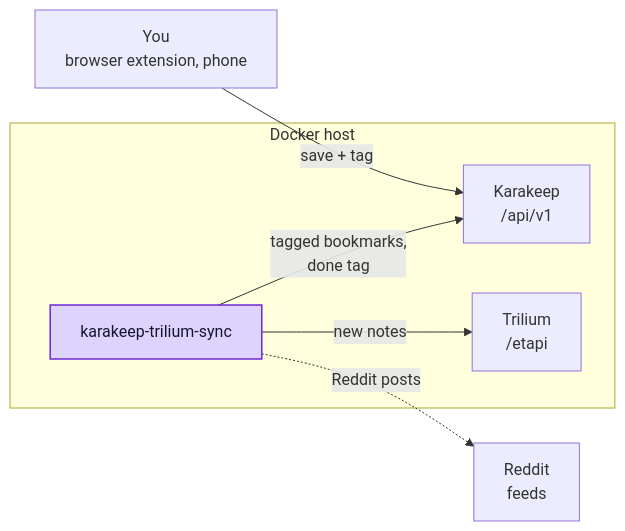
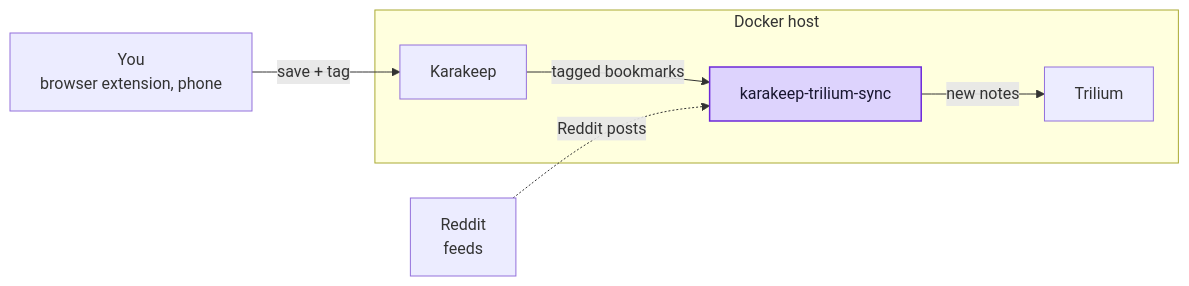
The diagram in docs/index.md (Marceltov/karakeep-trilium-sync), drawn with Mermaid before and after one commit. The commit also changed other lines of this file and 1 other file, not shown here.

Commit message:
Draw the diagram as a left-to-right data flow; link the LLM wiki skill
Claude-Session: https://claude.ai/code/session_01QH9FSBayyUwfMTcRvoTAJA

````diff
--- a/docs/index.md
+++ b/docs/index.md
@@ -43,16 +43,16 @@
 ```mermaid
 flowchart LR
   you["You<br>browser extension, phone"]
   reddit["Reddit<br>feeds"]
   subgraph host["Docker host"]
-    karakeep["Karakeep<br>/api/v1"]
+    karakeep["Karakeep"]
     sync["karakeep-trilium-sync"]
-    trilium["Trilium<br>/etapi"]
+    trilium["Trilium"]
   end
   you -- "save + tag" --> karakeep
-  sync -- "tagged bookmarks,<br>done tag" --> karakeep
-  sync -. "Reddit posts" .-> reddit
+  karakeep -- "tagged bookmarks" --> sync
+  reddit -. "Reddit posts" .-> sync
   sync -- "new notes" --> trilium
   classDef accent fill:#ddd3fd,stroke:#6d28d9,color:#18162f,stroke-width:1.5px
   class sync accent
 ```
````
